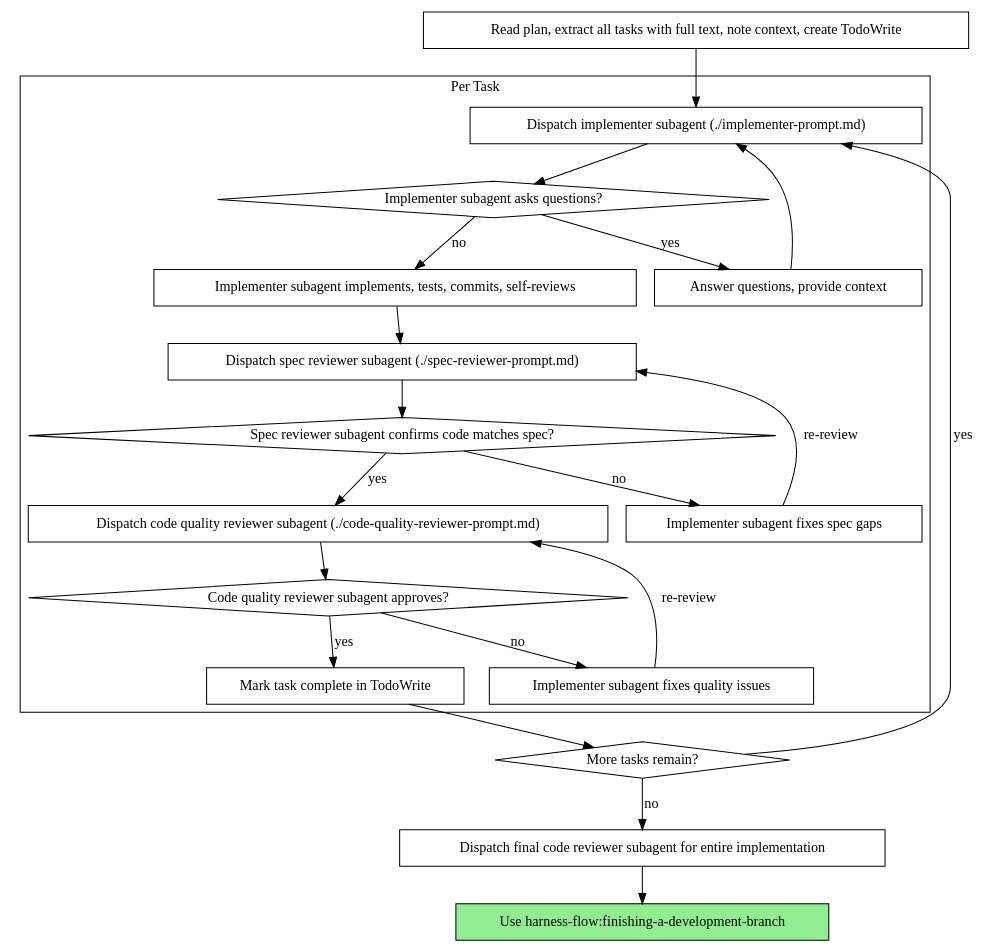
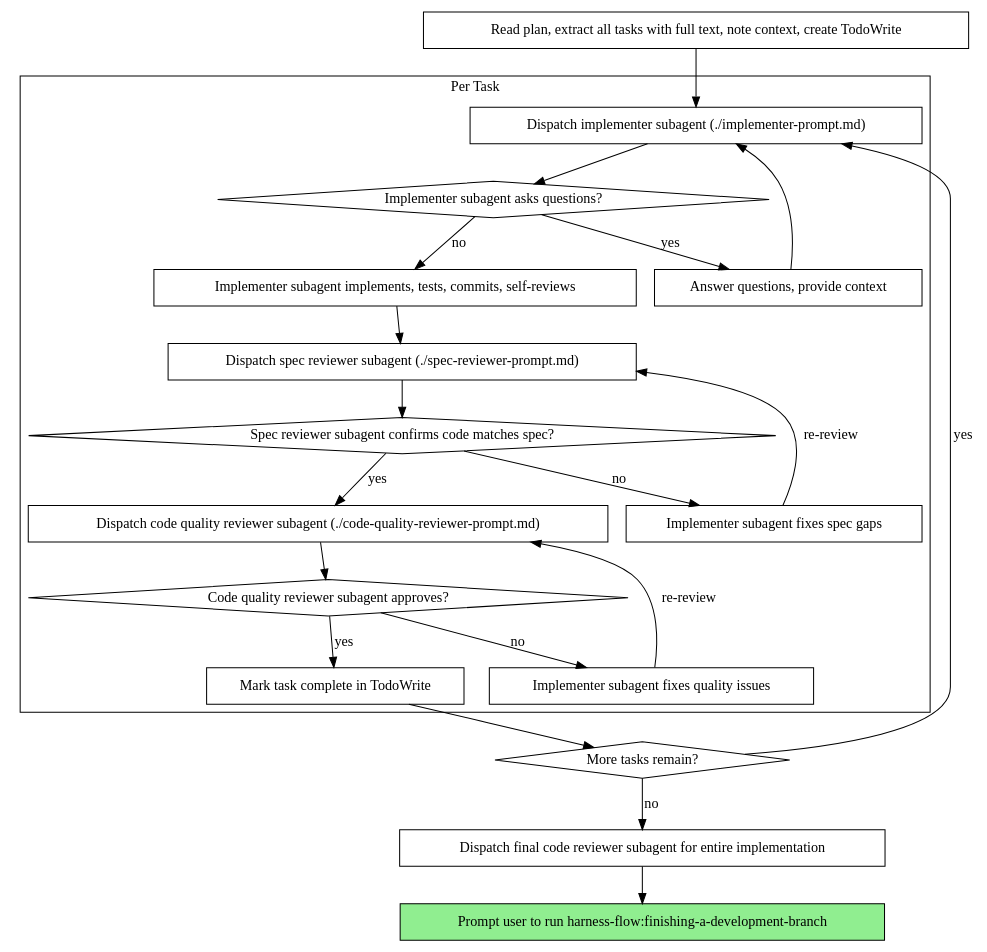
Before and after one commit to wonjinsin/harness-flow: the second of 2 diagrams in skills/subagent-driven-development/SKILL.md, drawn with Graphviz. The commit also changed other lines of this file and 13 other files, not shown here.

````diff
--- a/skills/subagent-driven-development/SKILL.md
+++ b/skills/subagent-driven-development/SKILL.md
@@ -32,44 +32,44 @@
 ```dot
 digraph process {
     rankdir=TB;
 
     subgraph cluster_per_task {
         label="Per Task";
         "Dispatch implementer subagent (./implementer-prompt.md)" [shape=box];
         "Implementer subagent asks questions?" [shape=diamond];
         "Answer questions, provide context" [shape=box];
         "Implementer subagent implements, tests, commits, self-reviews" [shape=box];
         "Dispatch spec reviewer subagent (./spec-reviewer-prompt.md)" [shape=box];
         "Spec reviewer subagent confirms code matches spec?" [shape=diamond];
         "Implementer subagent fixes spec gaps" [shape=box];
         "Dispatch code quality reviewer subagent (./code-quality-reviewer-prompt.md)" [shape=box];
         "Code quality reviewer subagent approves?" [shape=diamond];
         "Implementer subagent fixes quality issues" [shape=box];
         "Mark task complete in TodoWrite" [shape=box];
     }
 
     "Read plan, extract all tasks with full text, note context, create TodoWrite" [shape=box];
     "More tasks remain?" [shape=diamond];
     "Dispatch final code reviewer subagent for entire implementation" [shape=box];
-    "Use harness-flow:finishing-a-development-branch" [shape=box style=filled fillcolor=lightgreen];
+    "Prompt user to run harness-flow:finishing-a-development-branch" [shape=box style=filled fillcolor=lightgreen];
 
     "Read plan, extract all tasks with full text, note context, create TodoWrite" -> "Dispatch implementer subagent (./implementer-prompt.md)";
     "Dispatch implementer subagent (./implementer-prompt.md)" -> "Implementer subagent asks questions?";
     "Implementer subagent asks questions?" -> "Answer questions, provide context" [label="yes"];
     "Answer questions, provide context" -> "Dispatch implementer subagent (./implementer-prompt.md)";
     "Implementer subagent asks questions?" -> "Implementer subagent implements, tests, commits, self-reviews" [label="no"];
     "Implementer subagent implements, tests, commits, self-reviews" -> "Dispatch spec reviewer subagent (./spec-reviewer-prompt.md)";
     "Dispatch spec reviewer subagent (./spec-reviewer-prompt.md)" -> "Spec reviewer subagent confirms code matches spec?";
     "Spec reviewer subagent confirms code matches spec?" -> "Implementer subagent fixes spec gaps" [label="no"];
     "Implementer subagent fixes spec gaps" -> "Dispatch spec reviewer subagent (./spec-reviewer-prompt.md)" [label="re-review"];
     "Spec reviewer subagent confirms code matches spec?" -> "Dispatch code quality reviewer subagent (./code-quality-reviewer-prompt.md)" [label="yes"];
     "Dispatch code quality reviewer subagent (./code-quality-reviewer-prompt.md)" -> "Code quality reviewer subagent approves?";
     "Code quality reviewer subagent approves?" -> "Implementer subagent fixes quality issues" [label="no"];
     "Implementer subagent fixes quality issues" -> "Dispatch code quality reviewer subagent (./code-quality-reviewer-prompt.md)" [label="re-review"];
     "Code quality reviewer subagent approves?" -> "Mark task complete in TodoWrite" [label="yes"];
     "Mark task complete in TodoWrite" -> "More tasks remain?";
     "More tasks remain?" -> "Dispatch implementer subagent (./implementer-prompt.md)" [label="yes"];
     "More tasks remain?" -> "Dispatch final code reviewer subagent for entire implementation" [label="no"];
-    "Dispatch final code reviewer subagent for entire implementation" -> "Use harness-flow:finishing-a-development-branch";
+    "Dispatch final code reviewer subagent for entire implementation" -> "Prompt user to run harness-flow:finishing-a-development-branch";
 }
 ```
````
